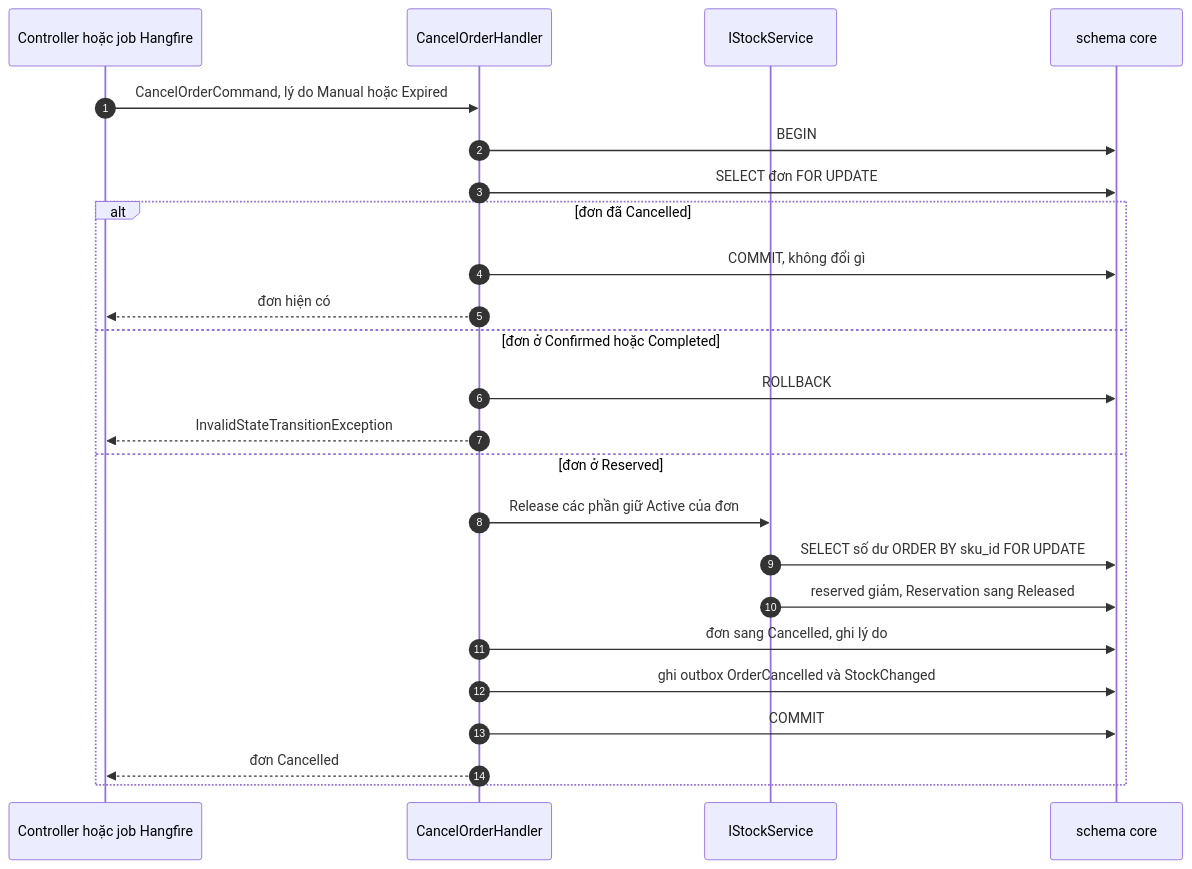
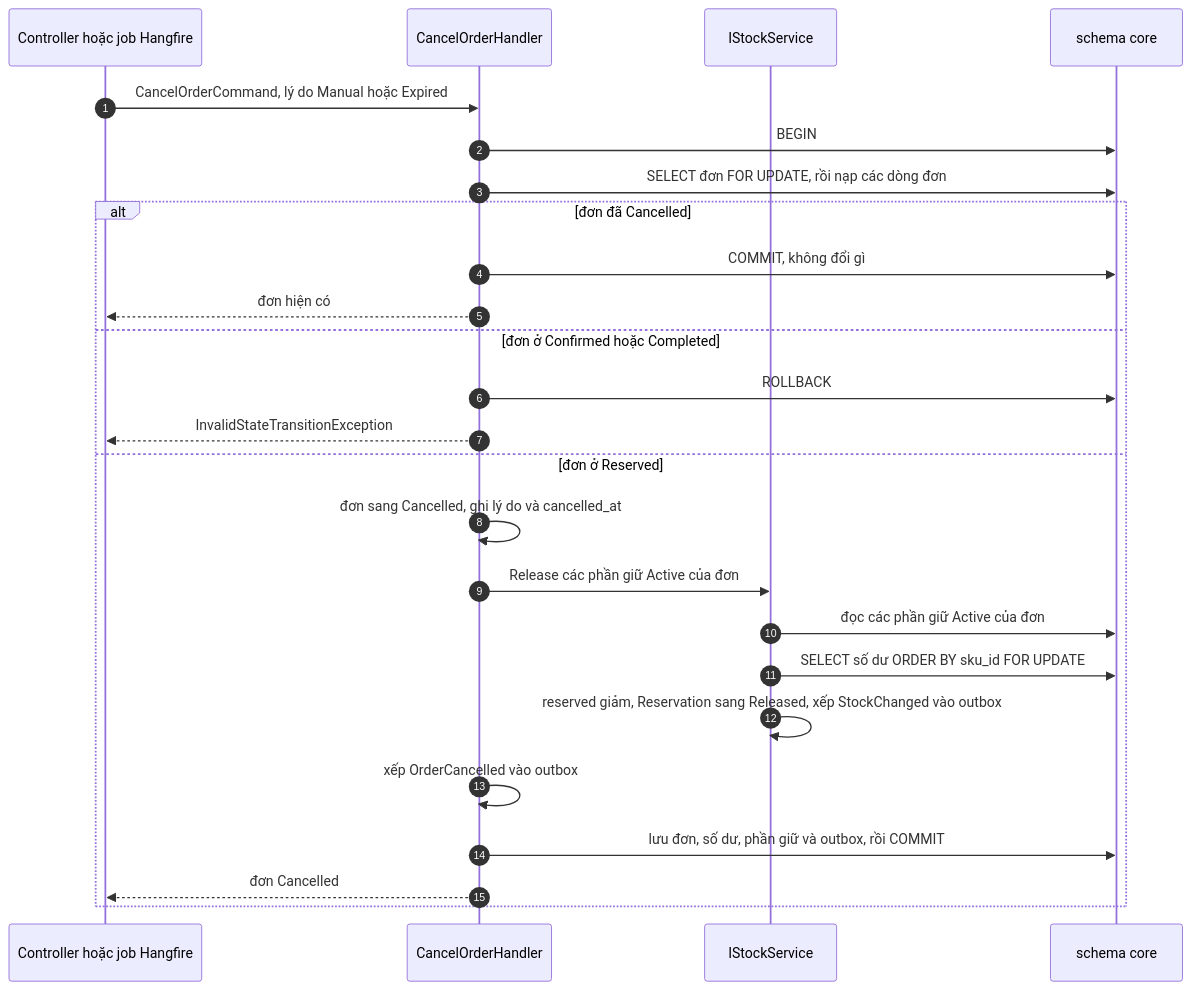
One commit to kapfm789/XDPMOOP changed the diagram in docs/design/flows/cancel-expire.md. Above: the diagram before and after it, drawn with Mermaid. The commit also changed other lines of this file and 39 other files, not shown here.

````diff
--- a/docs/design/flows/cancel-expire.md
+++ b/docs/design/flows/cancel-expire.md
@@ -5,27 +5,28 @@
 ```mermaid
 sequenceDiagram
   autonumber
   participant Src as Controller hoặc job Hangfire
   participant UC as CancelOrderHandler
   participant Stock as IStockService
   participant DB as schema core
 
   Src->>UC: CancelOrderCommand, lý do Manual hoặc Expired
   UC->>DB: BEGIN
-  UC->>DB: SELECT đơn FOR UPDATE
+  UC->>DB: SELECT đơn FOR UPDATE, rồi nạp các dòng đơn
   alt đơn đã Cancelled
     UC->>DB: COMMIT, không đổi gì
     UC-->>Src: đơn hiện có
   else đơn ở Confirmed hoặc Completed
     UC->>DB: ROLLBACK
     UC-->>Src: InvalidStateTransitionException
   else đơn ở Reserved
+    UC->>UC: đơn sang Cancelled, ghi lý do và cancelled_at
     UC->>Stock: Release các phần giữ Active của đơn
+    Stock->>DB: đọc các phần giữ Active của đơn
     Stock->>DB: SELECT số dư ORDER BY sku_id FOR UPDATE
-    Stock->>DB: reserved giảm, Reservation sang Released
-    UC->>DB: đơn sang Cancelled, ghi lý do
-    UC->>DB: ghi outbox OrderCancelled và StockChanged
-    UC->>DB: COMMIT
+    Stock->>Stock: reserved giảm, Reservation sang Released, xếp StockChanged vào outbox
+    UC->>UC: xếp OrderCancelled vào outbox
+    UC->>DB: lưu đơn, số dư, phần giữ và outbox, rồi COMMIT
     UC-->>Src: đơn Cancelled
   end
 ```
````
